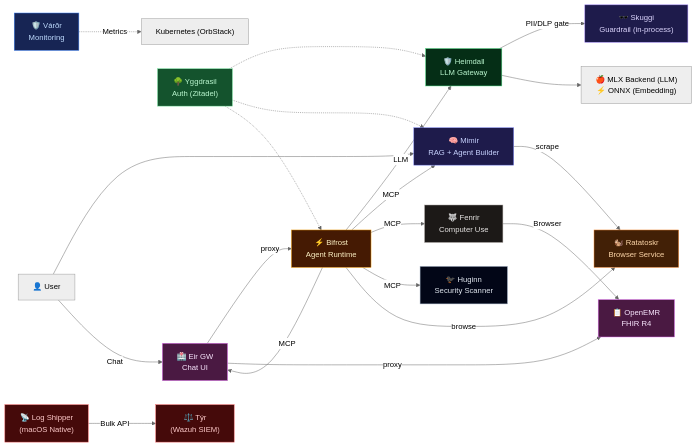
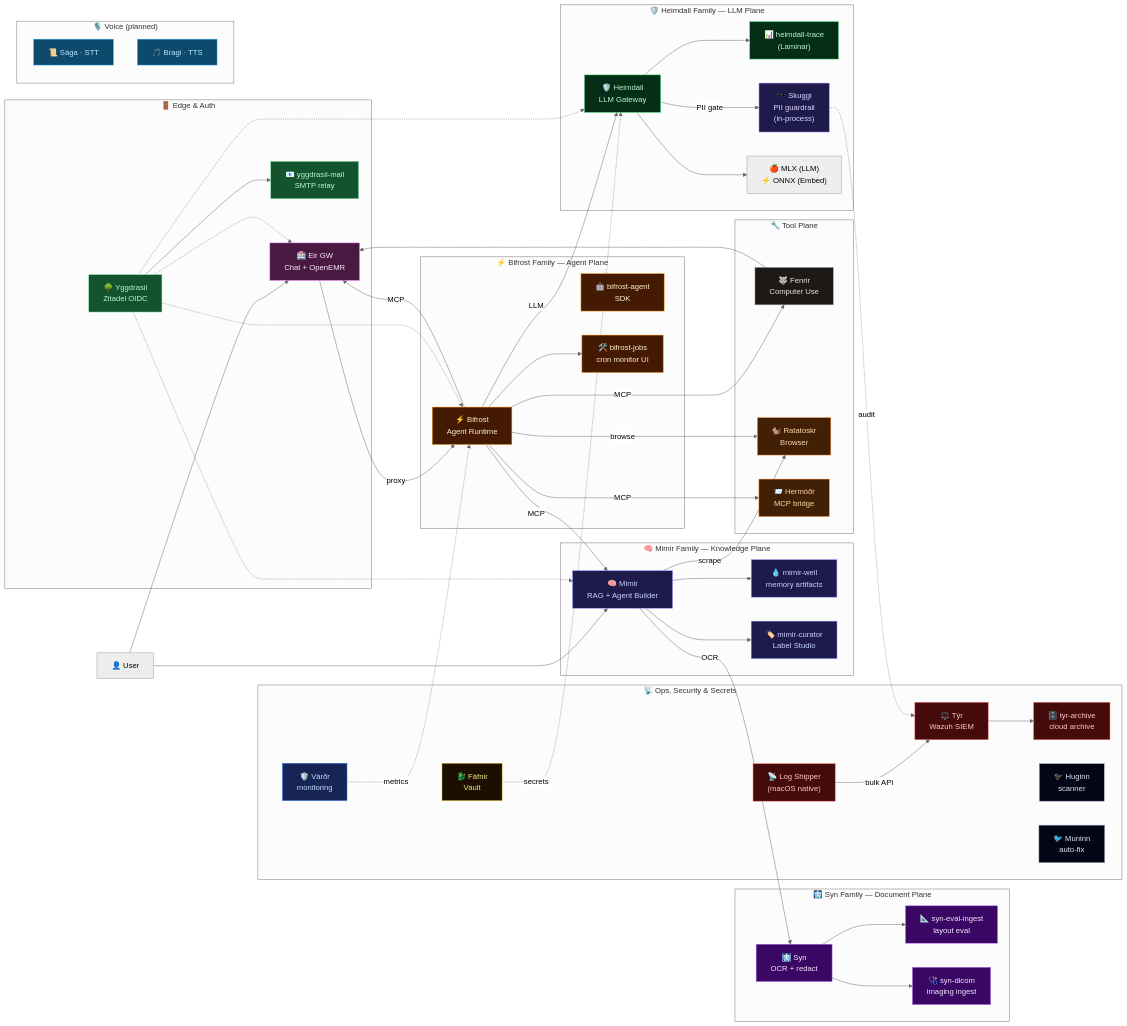
Before and after one commit to MegaWiz-Dev-Team/Asgard: the diagram in README.md, drawn with Mermaid (neutral theme). The commit also changed other lines of this file, not shown here.

Commit message:
docs(readme): refresh architecture + add active submodules family
Group Mermaid into 7 family subgraphs (Heimdall/Bifrost/Mimir/Syn +
Edge/Tools/Voice/Ops) and surface the 9 new submodules
(heimdall-trace, mimir-well/curator, syn-eval-ingest/dicom,
bifrost-agent/jobs, yggdrasil-mail, tyr-archive).

Reflect current state per memory:
- Skuggi W1 (ADR-007) shipped 2026-05-09; W2/W3/W4 pending
- S1 RefGraph baseline 93.3%, Sprint 51e rotation, tyr-archive v1
- Add S52-58 sequence + reposition Phase 3 as Living Clinical Evidence

````diff
--- a/README.md
+++ b/README.md
@@ -22,42 +24,118 @@
 ```mermaid
 graph LR
-    User["👤 User"] --> Mimir["🧠 Mimir<br/>RAG + Agent Builder"]
-    User --> |"Chat"| EirGW["🏥 Eir GW<br/>Chat UI"]
+    User["👤 User"]
 
-    EirGW --> |"proxy"| Bifrost["⚡ Bifrost<br/>Agent Runtime"]
-    Bifrost --> |"LLM"| Heimdall["🛡️ Heimdall<br/>LLM Gateway"]
+    subgraph EdgeAuth["🚪 Edge & Auth"]
+        EirGW["🏥 Eir GW<br/>Chat + OpenEMR"]
+        Yggdrasil["🌳 Yggdrasil<br/>Zitadel OIDC"]
+        YggMail["📧 yggdrasil-mail<br/>SMTP relay"]
+    end
+
+    subgraph HeimdallFam["🛡️ Heimdall Family — LLM Plane"]
+        Heimdall["🛡️ Heimdall<br/>LLM Gateway"]
+        HTrace["📊 heimdall-trace<br/>(Laminar)"]
+        Skuggi["🕶️ Skuggi<br/>PII guardrail<br/>(in-process)"]
+        LLM["🍎 MLX (LLM)<br/>⚡ ONNX (Embed)"]
+    end
+
+    subgraph BifrostFam["⚡ Bifrost Family — Agent Plane"]
+        Bifrost["⚡ Bifrost<br/>Agent Runtime"]
+        BAgent["🤖 bifrost-agent<br/>SDK"]
+        BJobs["🛠️ bifrost-jobs<br/>cron monitor UI"]
+    end
+
+    subgraph MimirFam["🧠 Mimir Family — Knowledge Plane"]
+        Mimir["🧠 Mimir<br/>RAG + Agent Builder"]
+        MWell["💧 mimir-well<br/>memory artifacts"]
+        MCurator["🏷️ mimir-curator<br/>Label Studio"]
+    end
+
+    subgraph SynFam["🩻 Syn Family — Document Plane"]
+        Syn["🩻 Syn<br/>OCR + redact"]
+        SEval["📐 syn-eval-ingest<br/>layout eval"]
+        SDicom["🩺 syn-dicom<br/>imaging ingest"]
+    end
+
+    subgraph Tools["🔧 Tool Plane"]
+        Fenrir["🐺 Fenrir<br/>Computer Use"]
+        Ratatoskr["🐿️ Ratatoskr<br/>Browser"]
+        Hermodr["📨 Hermóðr<br/>MCP bridge"]
+    end
+
+    subgraph Voice["🎙️ Voice (planned)"]
+        Saga["📜 Sága · STT"]
+        Bragi["🎵 Bragi · TTS"]
+    end
+
+    subgraph Ops["📡 Ops, Security & Secrets"]
+        Vardr["🛡️ Várðr<br/>monitoring"]
+        Tyr["⚖️ Týr<br/>Wazuh SIEM"]
+        TArchive["🗄️ tyr-archive<br/>cloud archive"]
+        Huginn["🐦‍⬛ Huginn<br/>scanner"]
+        Muninn["🐦 Muninn<br/>auto-fix"]
+        Fafnir["🐉 Fáfnir<br/>Vault"]
+        LogShipper["📡 Log Shipper<br/>(macOS native)"]
+    end
+
+    User --> EirGW
+    User --> Mimir
+    EirGW --> |"proxy"| Bifrost
+    Bifrost --> |"LLM"| Heimdall
     Bifrost --> |"MCP"| Mimir
-    Bifrost --> |"MCP"| Fenrir["🐺 Fenrir<br/>Computer Use"]
+    Bifrost --> |"MCP"| Fenrir
+    Bifrost --> |"MCP"| Hermodr
     Bifrost --> |"MCP"| EirGW
-    Bifrost --> |"MCP"| Huginn["🐦‍⬛ Huginn<br/>Security Scanner"]
+    Mimir --> |"scrape"| Ratatoskr
+    Bifrost --> |"browse"| Ratatoskr
+    Fenrir --> EirGW
 
-    Mimir --> |"scrape"| Ratatoskr["🐿️ Ratatoskr<br/>Browser Service"]
-    Bifrost --> |"browse"| Ratatoskr
+    Heimdall --> |"PII gate"| Skuggi
+    Heimdall --> HTrace
+    Heimdall --> LLM
+    Mimir --> MWell
+    Mimir --> MCurator
+    Syn --> SEval
+    Syn --> SDicom
+    Mimir --> |"OCR"| Syn
+    Bifrost --> BJobs
 
-    EirGW --> |"proxy"| Eir["📋 OpenEMR<br/>FHIR R4"]
-    Fenrir --> |"Browser"| Eir
-
-    Heimdall --> |"PII/DLP gate"| Skuggi["🕶️ Skuggi<br/>Guardrail (in-process)"]
-    Heimdall --> LLM["🍎 MLX Backend (LLM)<br/>⚡ ONNX (Embedding)"]
-
-    Yggdrasil["🌳 Yggdrasil<br/>Auth (Zitadel)"] -.-> Heimdall
+    Yggdrasil -.-> Heimdall
     Yggdrasil -.-> Mimir
     Yggdrasil -.-> Bifrost
+    Yggdrasil -.-> EirGW
+    Yggdrasil --> YggMail
+    Fafnir -.-> |"secrets"| Heimdall
 
-    Vardr["🛡️ Várðr<br/>Monitoring"] -.-> |"Metrics"| K3s["Kubernetes (OrbStack)"]
-    LogShipper["📡 Log Shipper<br/>(macOS Native)"] --> |"Bulk API"| Tyr["⚖️ Týr<br/>(Wazuh SIEM)"]
+    Vardr -.-> |"metrics"| Bifrost
+    LogShipper --> |"bulk API"| Tyr
+    Skuggi -.-> |"audit"| Tyr
+    Tyr --> TArchive
 
+    style Heimdall fill:#052e16,stroke:#4ade80,color:#bbf7d0
+    style HTrace fill:#052e16,stroke:#4ade80,color:#bbf7d0
+    style Skuggi fill:#1e1b4b,stroke:#a78bfa,color:#ddd6fe
+    style Bifrost fill:#451a03,stroke:#f59e0b,color:#fef3c7
+    style BAgent fill:#451a03,stroke:#f59e0b,color:#fef3c7
+    style BJobs fill:#451a03,stroke:#f59e0b,color:#fef3c7
     style Mimir fill:#1e1b4b,stroke:#818cf8,color:#c7d2fe
-    style Bifrost fill:#451a03,stroke:#f59e0b,color:#fef3c7
-    style Heimdall fill:#052e16,stroke:#4ade80,color:#bbf7d0
+    style MWell fill:#1e1b4b,stroke:#818cf8,color:#c7d2fe
+    style MCurator fill:#1e1b4b,stroke:#818cf8,color:#c7d2fe
+    style Syn fill:#3b0764,stroke:#c084fc,color:#f3e8ff
+    style SEval fill:#3b0764,stroke:#c084fc,color:#f3e8ff
+    style SDicom fill:#3b0764,stroke:#c084fc,color:#f3e8ff
+    style Yggdrasil fill:#14532d,stroke:#86efac,color:#bbf7d0
+    style YggMail fill:#14532d,stroke:#86efac,color:#bbf7d0
+    style EirGW fill:#4a1942,stroke:#e879f9,color:#fae8ff
     style Fenrir fill:#1c1917,stroke:#a8a29e,color:#e7e5e4
     style Ratatoskr fill:#422006,stroke:#fb923c,color:#fed7aa
-    style Eir fill:#4a1942,stroke:#e879f9,color:#fae8ff
-    style EirGW fill:#4a1942,stroke:#e879f9,color:#fae8ff
-    style Yggdrasil fill:#14532d,stroke:#86efac,color:#bbf7d0
+    style Hermodr fill:#422006,stroke:#fb923c,color:#fed7aa
+    style Saga fill:#0c4a6e,stroke:#38bdf8,color:#bae6fd
+    style Bragi fill:#0c4a6e,stroke:#38bdf8,color:#bae6fd
     style Vardr fill:#172554,stroke:#3b82f6,color:#bfdbfe
+    style Tyr fill:#450a0a,stroke:#f87171,color:#fecaca
+    style TArchive fill:#450a0a,stroke:#f87171,color:#fecaca
+    style LogShipper fill:#450a0a,stroke:#f87171,color:#fecaca
     style Huginn fill:#020617,stroke:#94a3b8,color:#e2e8f0
-    style Tyr fill:#450a0a,stroke:#f87171,color:#fecaca
-    style LogShipper fill:#450a0a,stroke:#f87171,color:#fecaca
-    style Skuggi fill:#1e1b4b,stroke:#a78bfa,color:#ddd6fe
+    style Muninn fill:#020617,stroke:#94a3b8,color:#e2e8f0
+    style Fafnir fill:#1c0f00,stroke:#fbbf24,color:#fde68a
 ```
````
